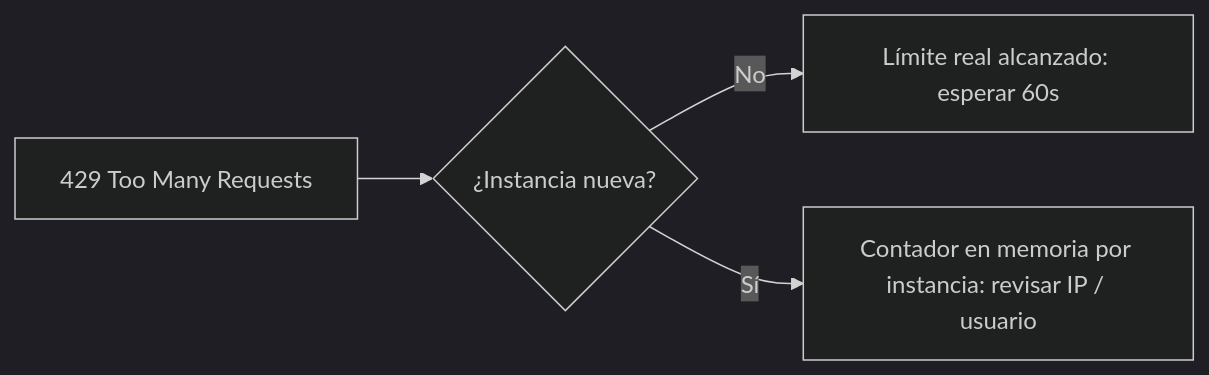
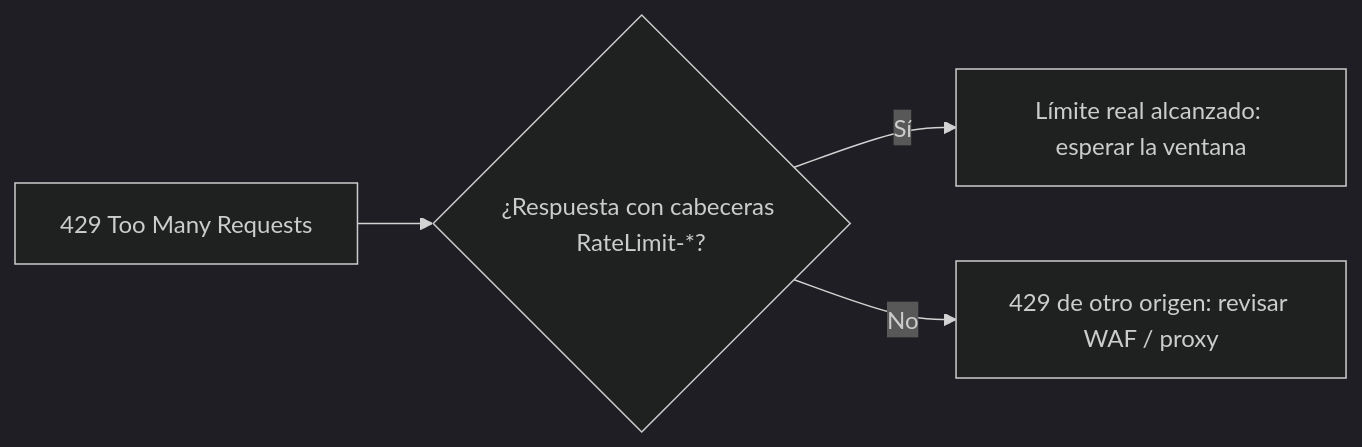
Before and after one commit to StrategicConnex/StrategicConnexAudit: the second of 2 diagrams in docs/guides/troubleshooting.md, drawn with Mermaid (dark theme). The commit also changed other lines of this file and 19 other files, not shown here.

First line of the commit message:
feat(security): rate limit distribuido en Postgres (ADR-002 enm. 15)

````diff
--- a/docs/guides/troubleshooting.md
+++ b/docs/guides/troubleshooting.md
@@ -872,6 +873,6 @@
 ```mermaid
 flowchart LR
-  A[429 Too Many Requests] --> B{¿Instancia nueva?}
-  B -->|No| C[Límite real alcanzado: esperar 60s]
-  B -->|Sí| D[Contador en memoria por instancia: revisar IP / usuario]
+  A[429 Too Many Requests] --> B{¿Respuesta con cabeceras RateLimit-*?}
+  B -->|Sí| C[Límite real alcanzado: esperar la ventana]
+  B -->|No| D[429 de otro origen: revisar WAF / proxy]
 ```
````
